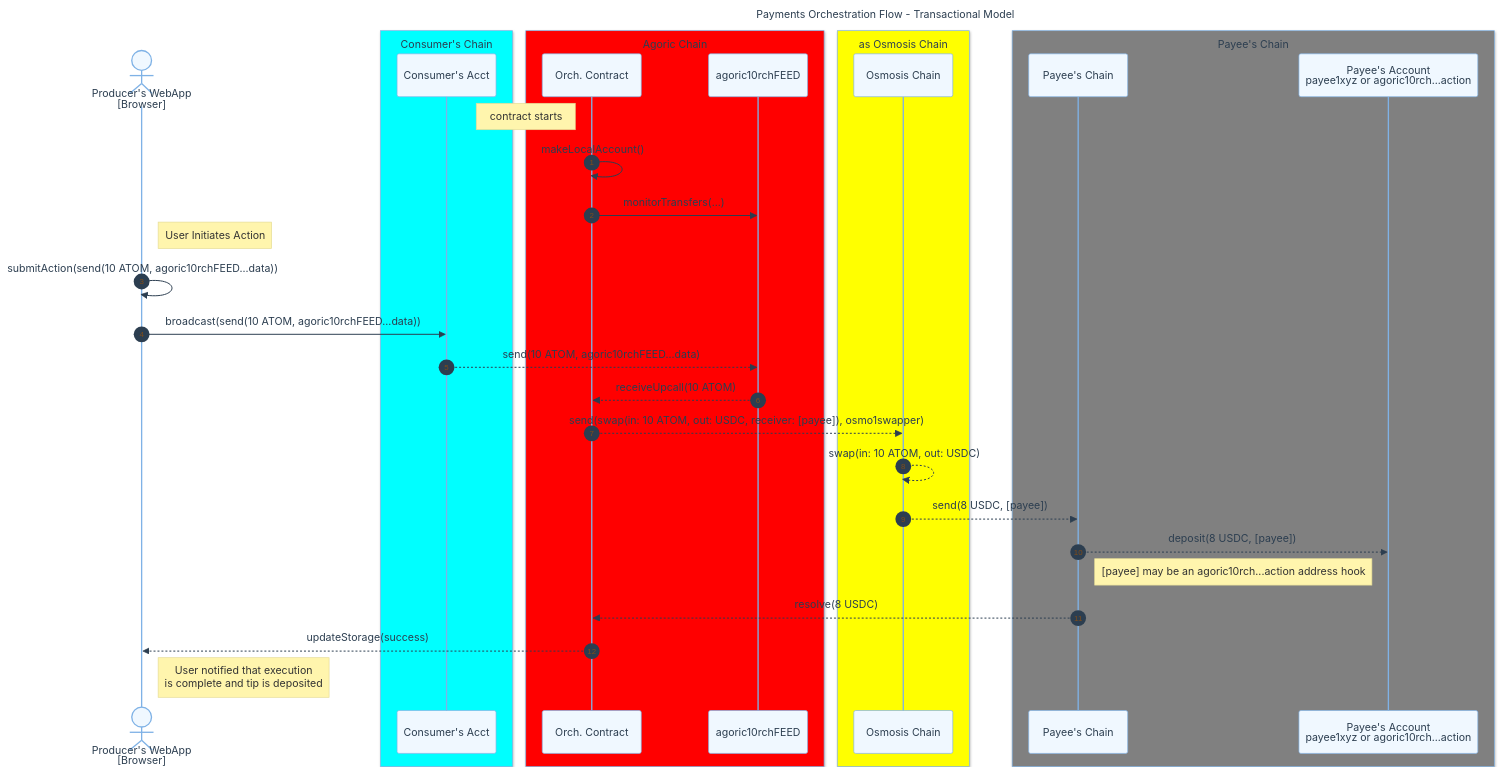
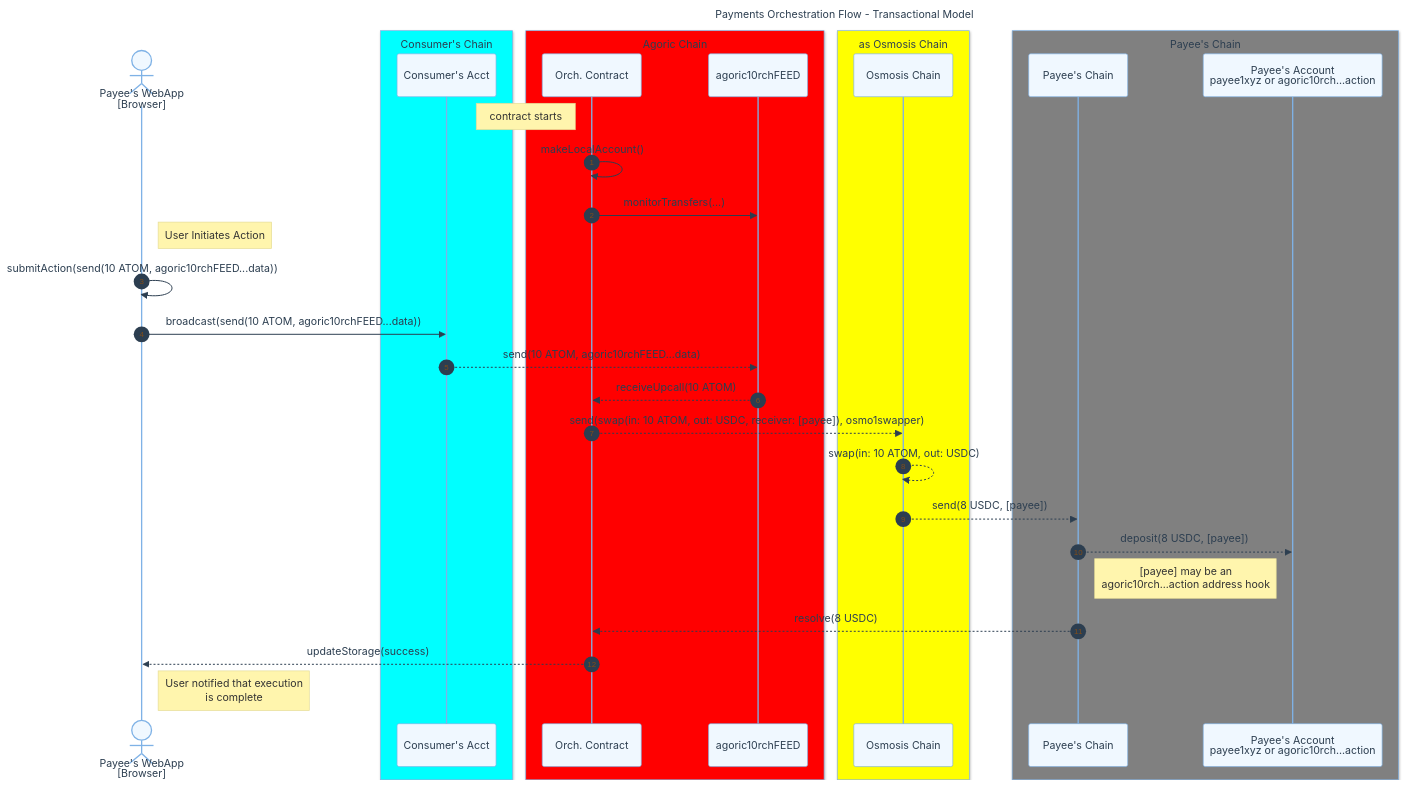
Before and after one commit to Agoric/agoric-sdk: the diagram in packages/payments/test/my-orch-sequence.md, drawn with Mermaid. The commit also changed 4 other files, not shown here.

````diff
--- a/packages/payments/test/my-orch-sequence.md
+++ b/packages/payments/test/my-orch-sequence.md
@@ -1,54 +1,54 @@
 ```mermaid
 %%{init: {
   'theme': 'base',
   'themeVariables': {
     'primaryColor': '#f0f8ff',
     'primaryTextColor': '#2c3e50',
     'primaryBorderColor': '#7fb2e6',
     'lineColor': '#7fb2e6',
     'secondaryColor': '#f6f8fa',
     'tertiaryColor': '#fff5e6'
   }
 }}%%
 sequenceDiagram
     title Payments Orchestration Flow - Transactional Model
     autonumber
-    actor webUA as Producer's WebApp<br/>[Browser]
+    actor webUA as Payee's WebApp<br/>[Browser]
     %% [Where it runs]
     box Aqua Consumer's Chain
     participant acctOrig as Consumer's Acct
     end
     box Red Agoric Chain
     participant myOrch as Orch. Contract
     participant orchLCA1 as agoric10rchFEED
     end
     box Yellow as Osmosis Chain
     participant chainDex as Osmosis Chain
     end
     box Grey Payee's Chain
     participant chainPay as Payee's Chain
     participant acctDest as Payee's Account<br />payee1xyz or agoric10rch...action
     end
 
     %% Notation: ->> for initial message, -->> for consequences
 
     note left of myOrch: contract starts
     myOrch ->> myOrch: makeLocalAccount()
     myOrch ->> orchLCA1: monitorTransfers(...)
     
     note right of webUA: User Initiates Action
     webUA ->> webUA: submitAction(send(10 ATOM, agoric10rchFEED...data))
     webUA ->> acctOrig: broadcast(send(10 ATOM, agoric10rchFEED...data))
     acctOrig -->> orchLCA1: send(10 ATOM, agoric10rchFEED...data)
     orchLCA1 -->> myOrch: receiveUpcall(10 ATOM)
     myOrch -->> chainDex: send(swap(in: 10 ATOM, out: USDC, receiver: [payee]), osmo1swapper)
     chainDex -->> chainDex: swap(in: 10 ATOM, out: USDC)
     chainDex -->> chainPay: send(8 USDC, [payee])
 
     chainPay -->> acctDest: deposit(8 USDC, [payee])
-    note right of chainPay: [payee] may be an agoric10rch...action address hook
+    note right of chainPay: [payee] may be an<br/>agoric10rch...action address hook
 
     chainPay -->> myOrch: resolve(8 USDC)
     myOrch -->> webUA: updateStorage(success)
-    note right of webUA: User notified that execution<br/> is complete and tip is deposited
+    note right of webUA: User notified that execution<br/>is complete
 ```
````
